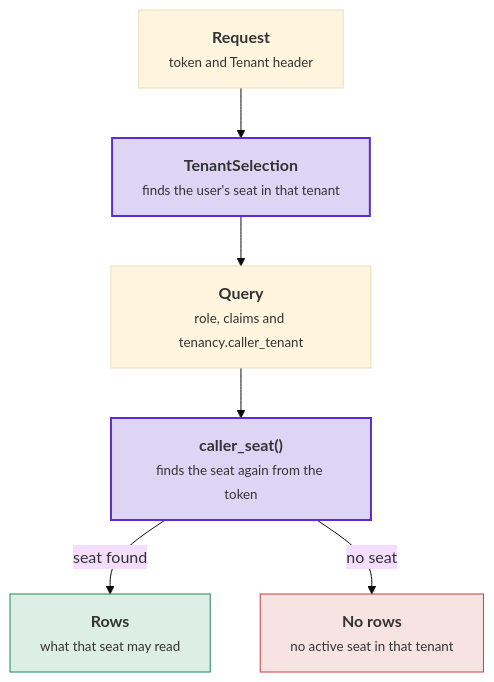
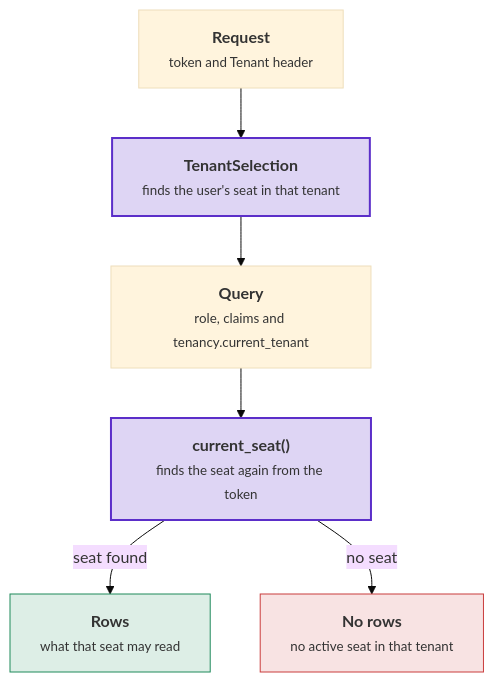
One commit to DylanSnel/DDDToolkit changed the diagram in docs/tenancy/postgres.md. Above: the diagram before and after it, drawn with Mermaid (base theme). The commit also changed other lines of this file and 471 other files, not shown here.

````diff
--- a/docs/tenancy/postgres.md
+++ b/docs/tenancy/postgres.md
@@ -198,20 +198,20 @@
 ```mermaid
 flowchart TD
     request["<b>Request</b><br/><small>token and Tenant header</small>"]
     selection["<b>TenantSelection</b><br/><small>finds the user's seat in that tenant</small>"]
-    query["<b>Query</b><br/><small>role, claims and tenancy.caller_tenant</small>"]
-    callerSeat["<b>caller_seat()</b><br/><small>finds the seat again from the token</small>"]
+    query["<b>Query</b><br/><small>role, claims and tenancy.current_tenant</small>"]
+    currentSeat["<b>current_seat()</b><br/><small>finds the seat again from the token</small>"]
     rows["<b>Rows</b><br/><small>what that seat may read</small>"]
     nothing["<b>No rows</b><br/><small>no active seat in that tenant</small>"]
     request --> selection
     selection --> query
-    query --> callerSeat
-    callerSeat -->|seat found| rows
-    callerSeat -->|no seat| nothing
+    query --> currentSeat
+    currentSeat -->|seat found| rows
+    currentSeat -->|no seat| nothing
     classDef strong fill:#5b2ec933,stroke:#5b2ec9,stroke-width:2px
     classDef good fill:#1f8a5b26,stroke:#1f8a5b
     classDef bad fill:#c93c3c24,stroke:#c93c3c
-    class selection,callerSeat strong
+    class selection,currentSeat strong
     class rows good
     class nothing bad
 ```
````
